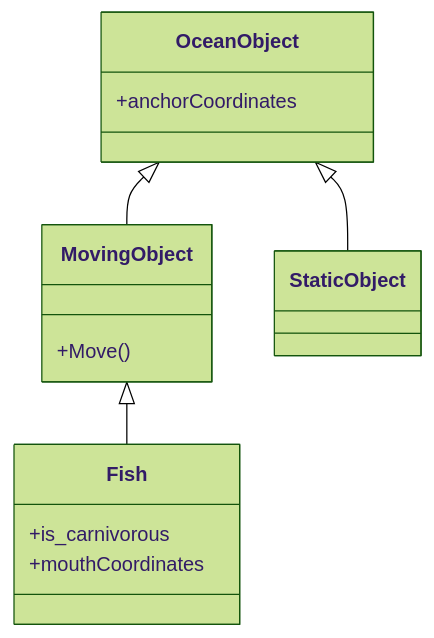
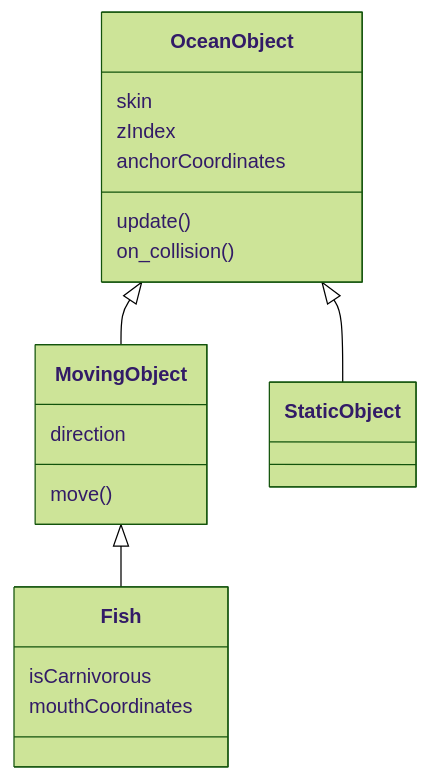
One commit to ralisv/UnicOcean changed the diagram in assets/class-diagram.md. Above: the diagram before and after it, drawn with Mermaid (forest theme). The commit also changed 18 other files, not shown here.

````diff
--- a/assets/class-diagram.md
+++ b/assets/class-diagram.md
@@ -2,19 +2,24 @@
 ```mermaid
 classDiagram
     OceanObject <|-- MovingObject
     OceanObject <|-- StaticObject
     MovingObject <|-- Fish
 
-    class OceanObject{
-      +anchorCoordinates
+    class OceanObject {
+      skin
+      zIndex
+      anchorCoordinates
+      update()
+      on_collision()
     }
     class StaticObject {
     }
     class MovingObject {
-      +Move()
+      direction
+      move()
     }
     class Fish {
-      +is_carnivorous
-      +mouthCoordinates
+      isCarnivorous
+      mouthCoordinates
     }
 ```
````
